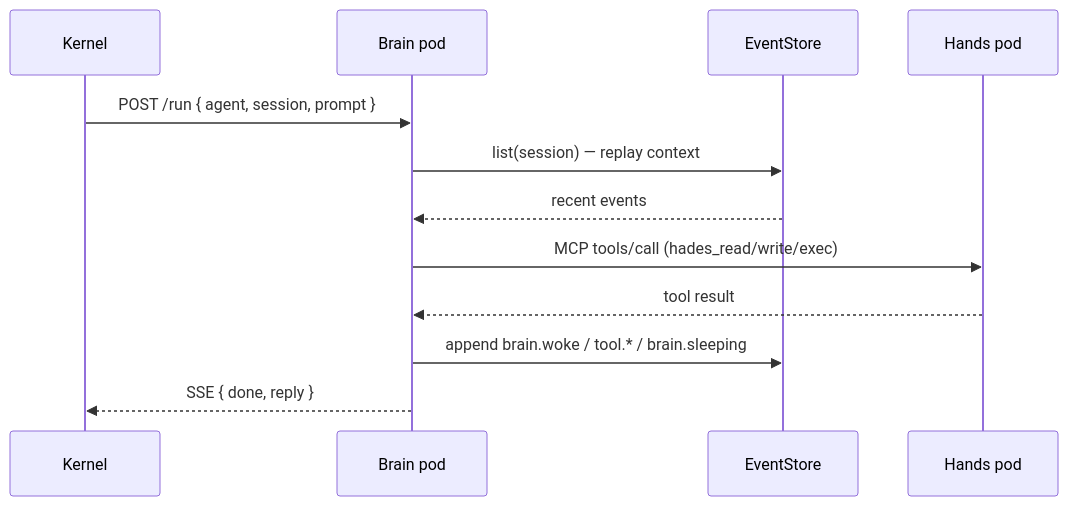
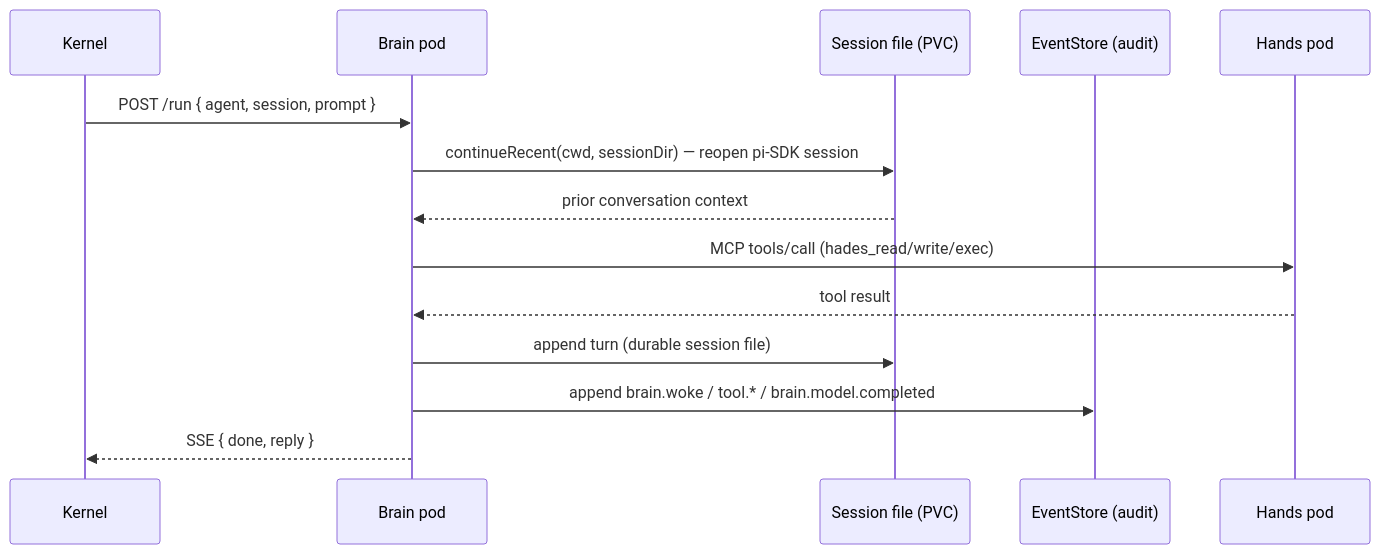
The third of 4 diagrams in docs/brain-and-session.md (sigilmakes/hades), drawn with Mermaid before and after one commit. The commit also changed other lines of this file and 18 other files, not shown here.

First line of the commit message:
feat: usability — brain replay, persistent subordinates, GitOps watch, streaming attach (#55)

````diff
--- a/docs/brain-and-session.md
+++ b/docs/brain-and-session.md
@@ -49,14 +49,16 @@
 ```mermaid
 sequenceDiagram
     participant K as Kernel
     participant B as Brain pod
-    participant E as EventStore
+    participant S as Session file (PVC)
+    participant E as EventStore (audit)
     participant H as Hands pod
     K->>B: POST /run { agent, session, prompt }
-    B->>E: list(session) — replay context
-    E-->>B: recent events
+    B->>S: continueRecent(cwd, sessionDir) — reopen pi-SDK session
+    S-->>B: prior conversation context
     B->>H: MCP tools/call (hades_read/write/exec)
     H-->>B: tool result
-    B->>E: append brain.woke / tool.* / brain.sleeping
+    B->>S: append turn (durable session file)
+    B->>E: append brain.woke / tool.* / brain.model.completed
     B-->>K: SSE { done, reply }
 ```
````
